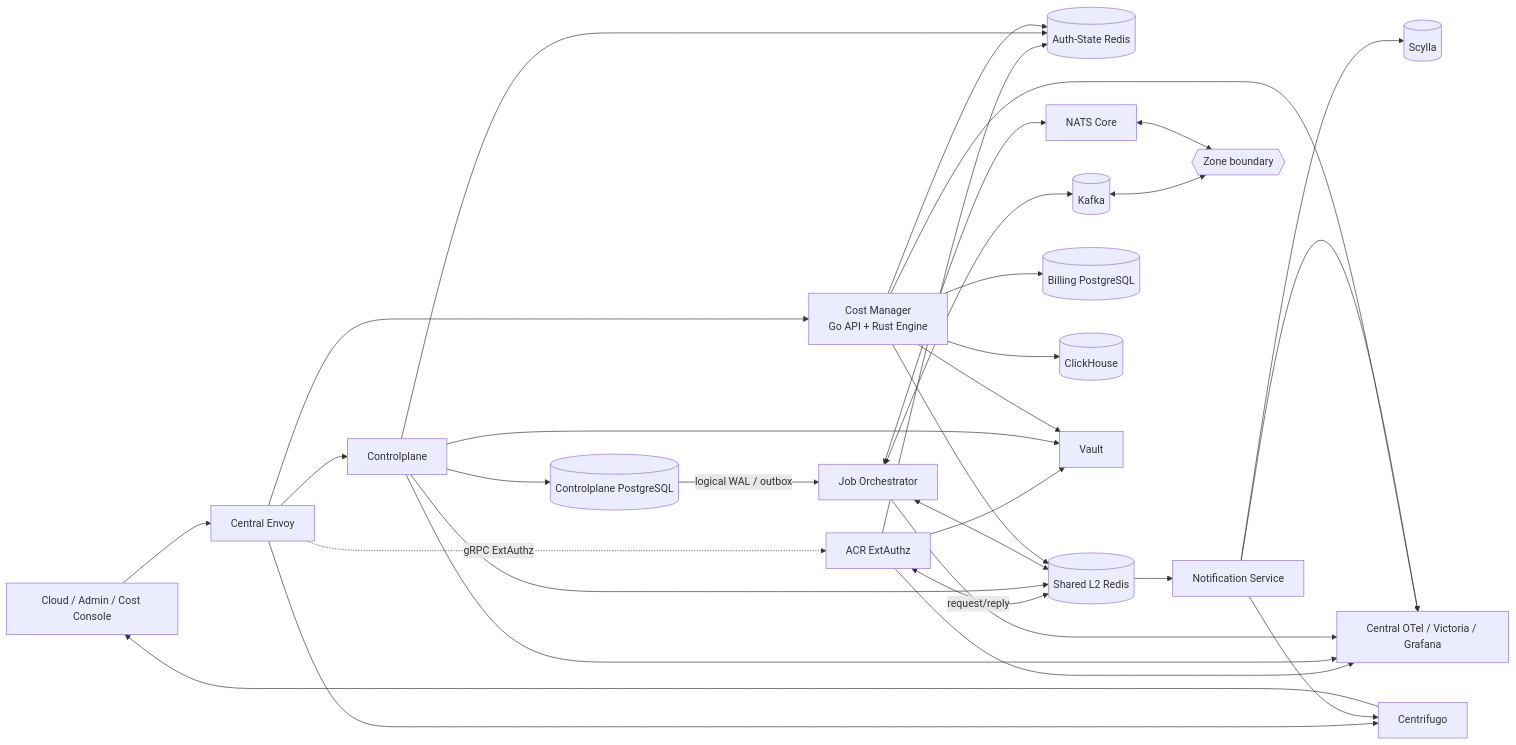
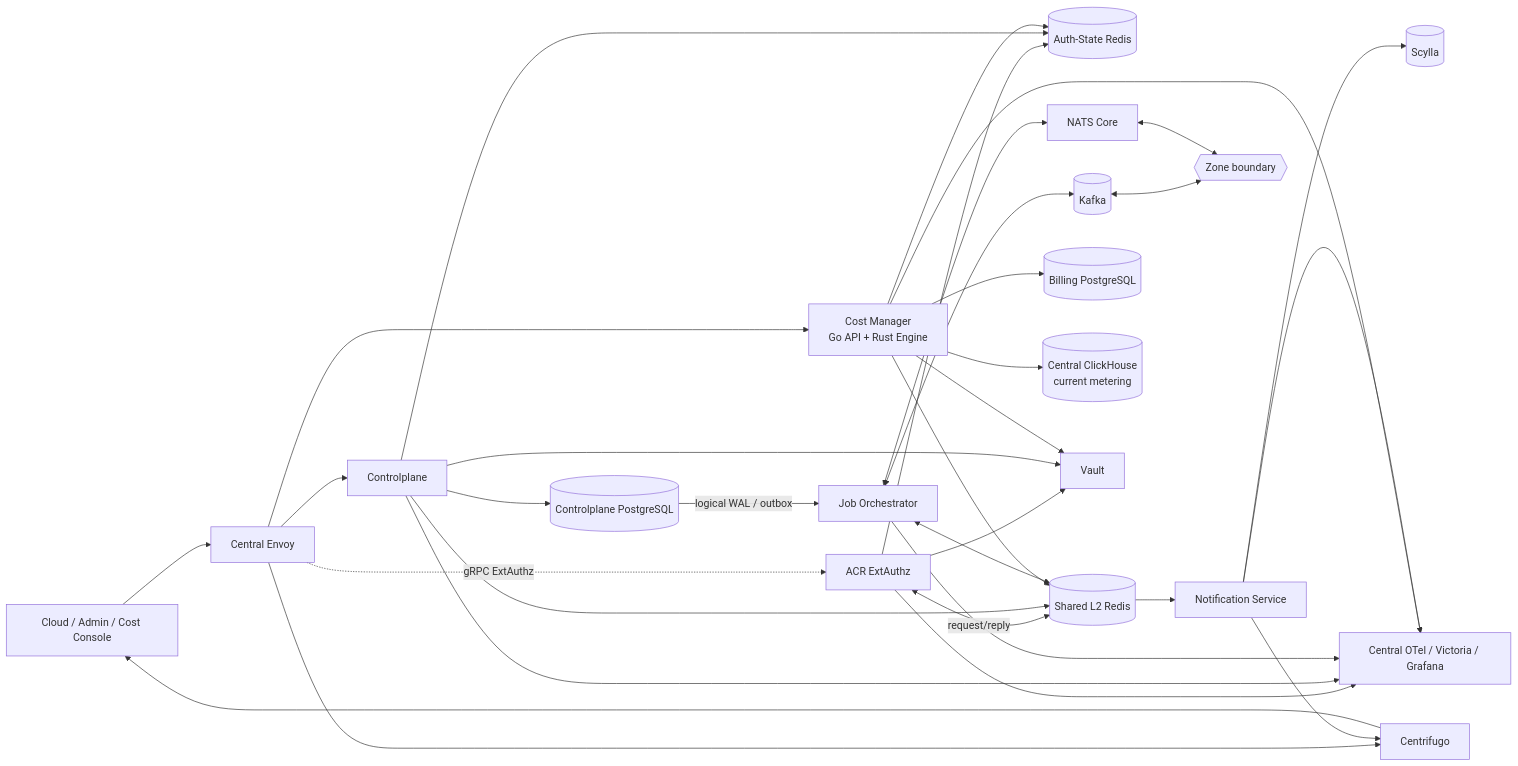
The first of 3 diagrams in ARCHITECTURE.md (phucle996/aurora), drawn with Mermaid before and after one commit. The commit also changed other lines of this file and 25 other files, not shown here.

````diff
--- a/ARCHITECTURE.md
+++ b/ARCHITECTURE.md
@@ -21,60 +21,61 @@
 ```mermaid
 flowchart LR
     Browser["Cloud / Admin / Cost Console"]
     Envoy["Central Envoy"]
     ACR["ACR ExtAuthz"]
     CP["Controlplane"]
     CPDB[("Controlplane PostgreSQL")]
     AuthRedis[("Auth-State Redis")]
     SharedRedis[("Shared L2 Redis")]
     JO["Job Orchestrator"]
     Kafka[("Kafka")]
     NATS["NATS Core"]
     Cost["Cost Manager\nGo API + Rust Engine"]
     BillingDB[("Billing PostgreSQL")]
-    ClickHouse[("ClickHouse")]
+    ClickHouse[("Central ClickHouse
+    current metering")]
     Notify["Notification Service"]
     Scylla[("Scylla")]
     Centrifugo["Centrifugo"]
     Vault["Vault"]
     OTel["Central OTel / Victoria / Grafana"]
     ZoneBoundary{{"Zone boundary"}}
 
     Browser --> Envoy
     Envoy -. "gRPC ExtAuthz" .-> ACR
     ACR --> AuthRedis
     ACR <-->|"request/reply"| SharedRedis
     ACR --> Vault
 
     Envoy --> CP
     Envoy --> Cost
     Envoy --> Centrifugo
 
     CP --> CPDB
     CP --> AuthRedis
     CP --> SharedRedis
     CP --> Vault
 
     CPDB -- "logical WAL / outbox" --> JO
     JO <--> SharedRedis
     JO <--> Kafka
     JO <--> NATS
     Kafka <--> ZoneBoundary
     NATS <--> ZoneBoundary
 
     Cost --> BillingDB
     Cost --> ClickHouse
     Cost --> AuthRedis
     Cost --> SharedRedis
     Cost --> Vault
 
     SharedRedis --> Notify
     Notify --> Scylla
     Notify --> Centrifugo --> Browser
 
     ACR --> OTel
     CP --> OTel
     JO --> OTel
     Cost --> OTel
     Notify --> OTel
 ```
````
